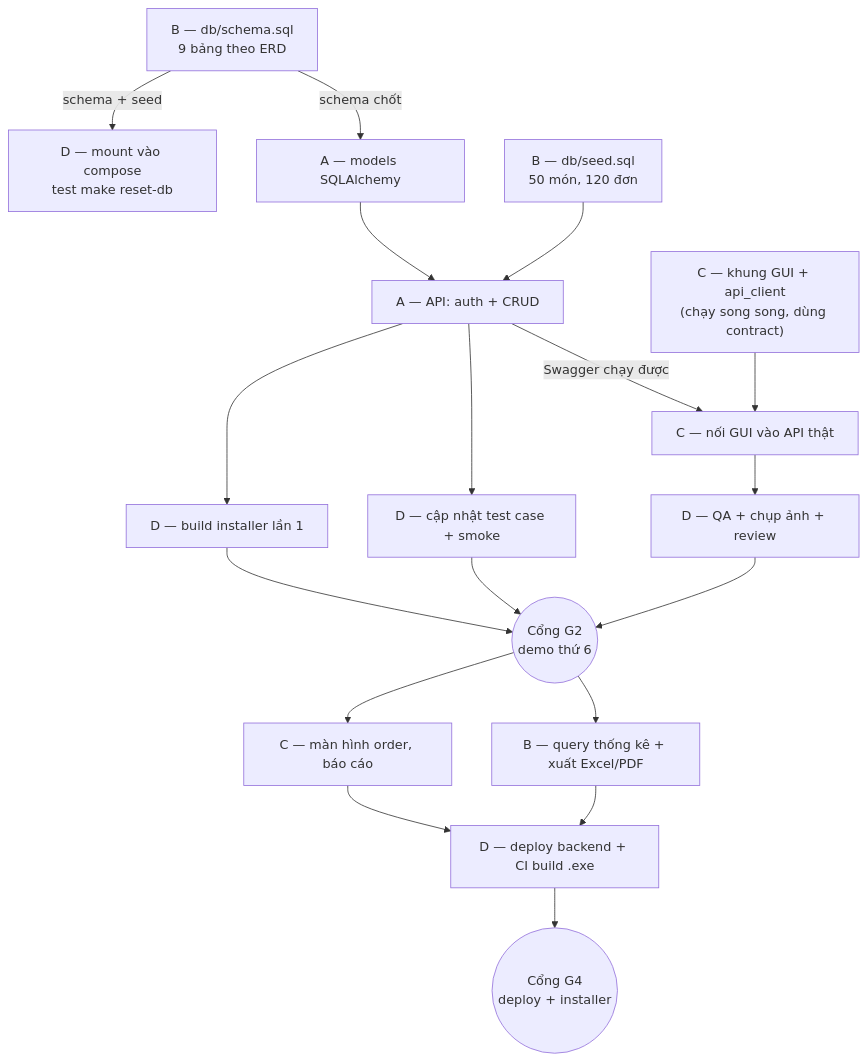
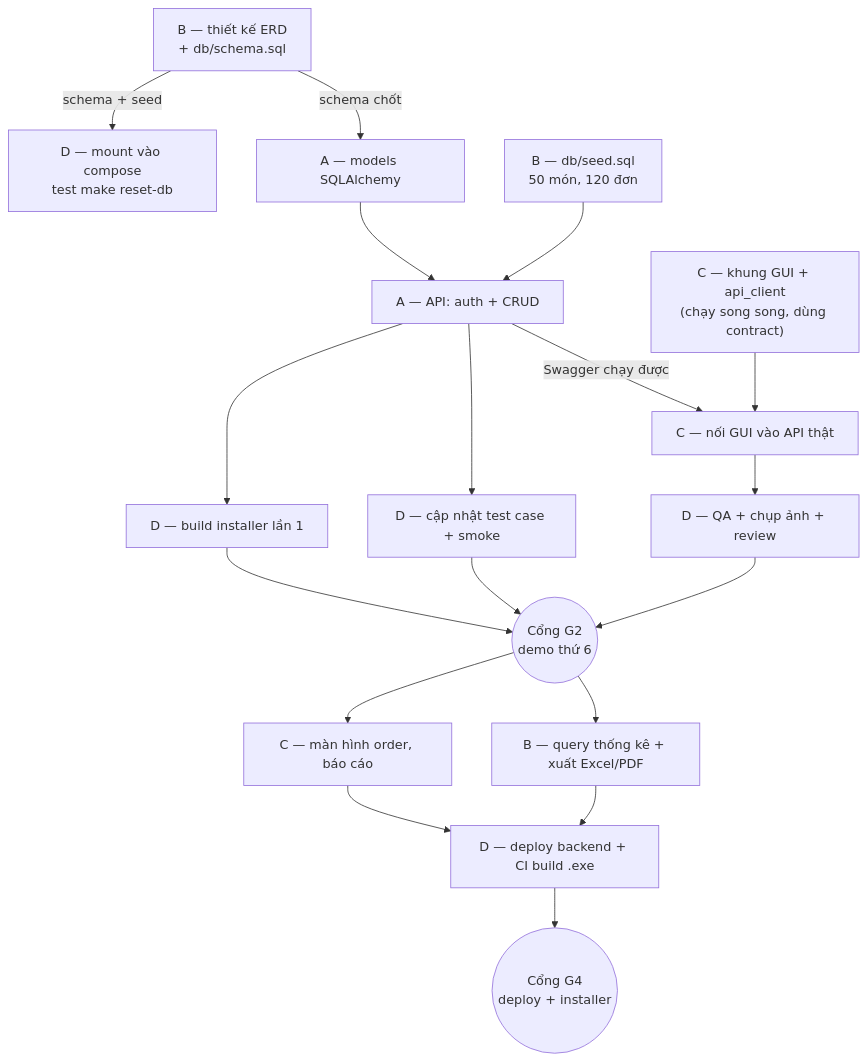
Before and after one commit to Haianh4705/cafe-tlu: the diagram in docs/workflow.md, drawn with Mermaid. The commit also changed 10 other files, not shown here.

First line of the commit message:
docs: bỏ ERD viết sẵn, chuyển thành khung để B tự thiết kế (#38)

````diff
--- a/docs/workflow.md
+++ b/docs/workflow.md
@@ -18,20 +18,20 @@
 ```mermaid
 flowchart TD
-    B1["B — db/schema.sql<br/>9 bảng theo ERD"] -->|"schema chốt"| A1["A — models SQLAlchemy"]
+    B1["B — thiết kế ERD<br/>+ db/schema.sql"] -->|"schema chốt"| A1["A — models SQLAlchemy"]
     B1 -->|"schema + seed"| D1["D — mount vào compose<br/>test make reset-db"]
     B2["B — db/seed.sql<br/>50 món, 120 đơn"] --> A2
     A1 --> A2["A — API: auth + CRUD"]
     A2 -->|"Swagger chạy được"| C2["C — nối GUI vào API thật"]
     C1["C — khung GUI + api_client<br/>(chạy song song, dùng contract)"] --> C2
     A2 --> D2["D — cập nhật test case + smoke"]
     C2 --> D3["D — QA + chụp ảnh + review"]
     A2 --> D4["D — build installer lần 1"]
     D2 --> G2(("Cổng G2<br/>demo thứ 6"))
     D3 --> G2
     D4 --> G2
     G2 --> B3["B — query thống kê + xuất Excel/PDF"]
     G2 --> C3["C — màn hình order, báo cáo"]
     B3 --> D5["D — deploy backend + CI build .exe"]
     C3 --> D5
     D5 --> G4(("Cổng G4<br/>deploy + installer"))
 ```
````
